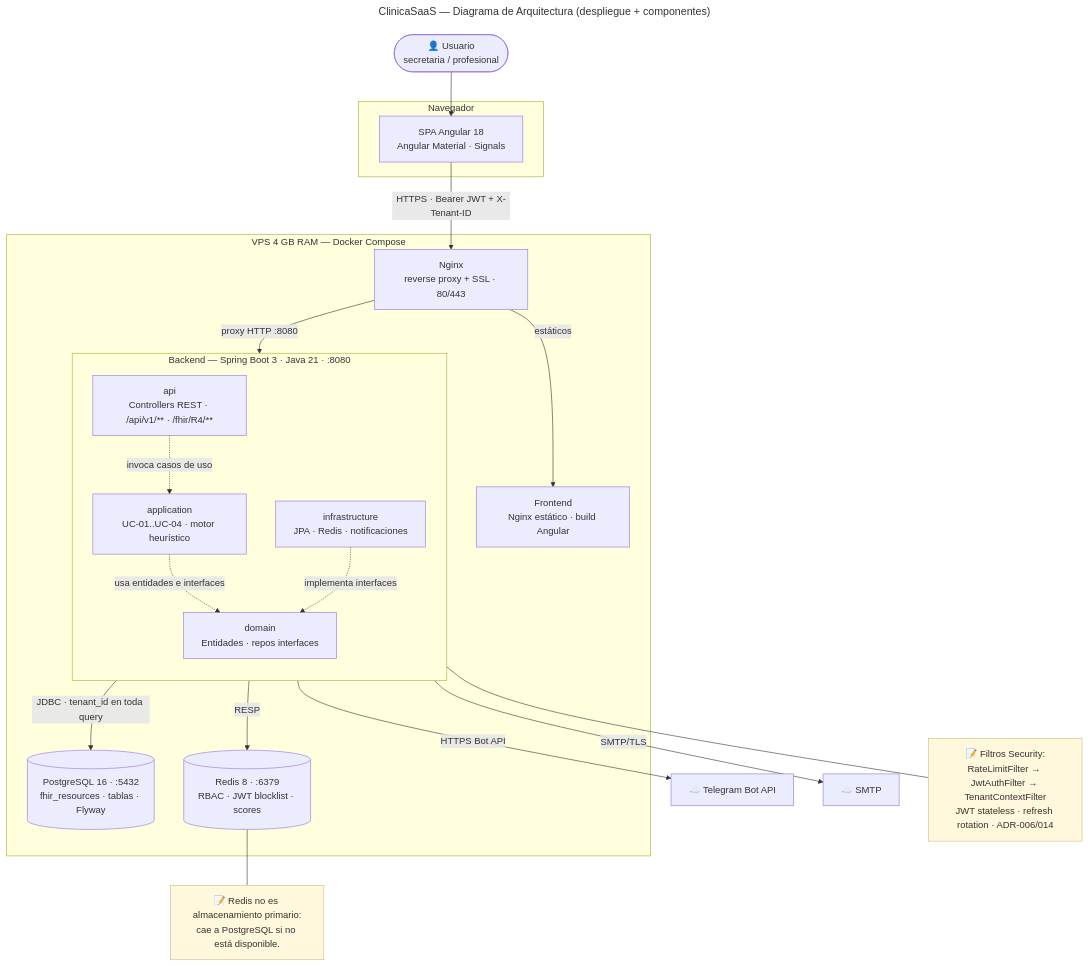
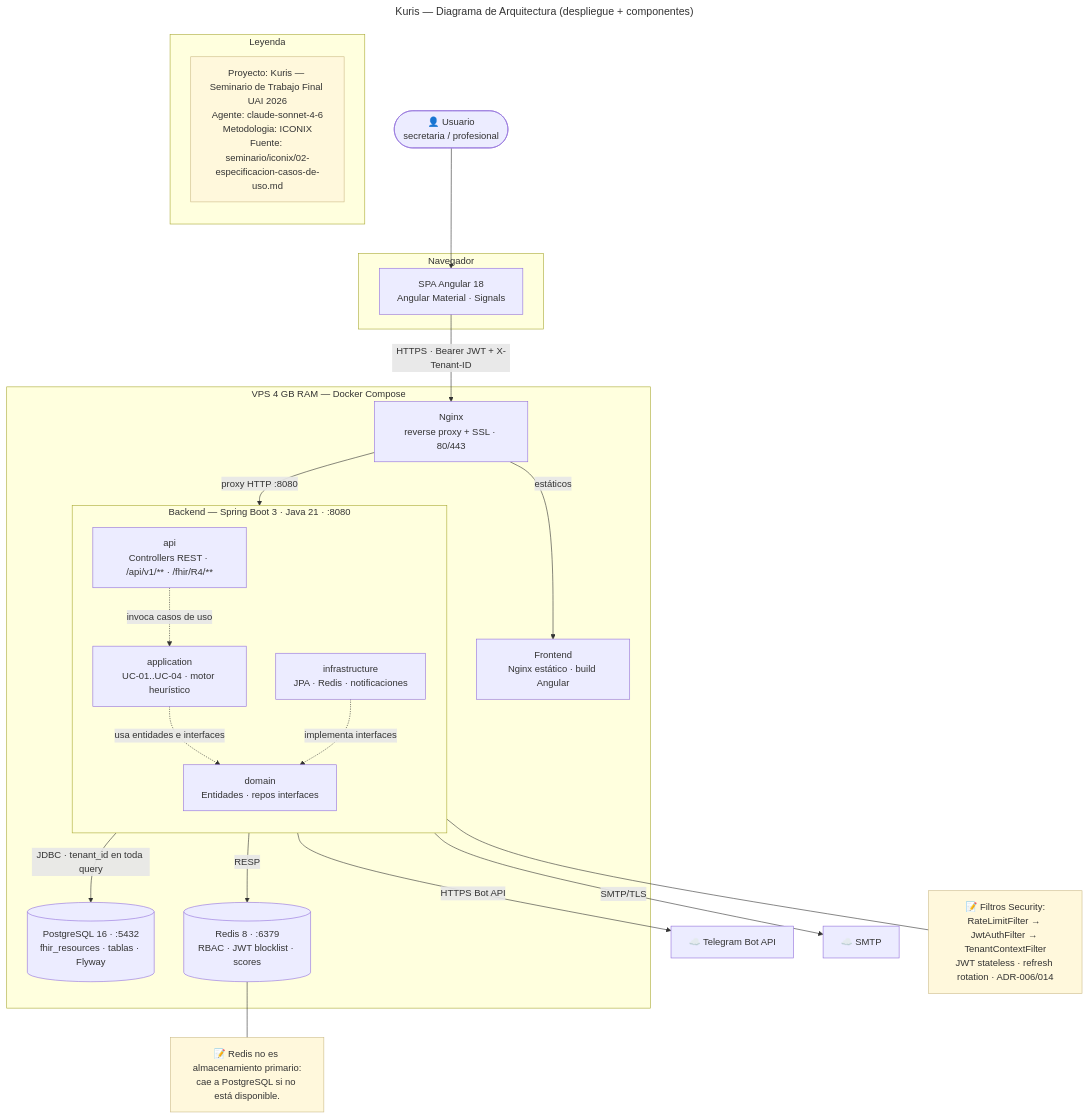
One commit to JulianDeco/sist_clinica changed the diagram in seminario/iconix/diagramas/07-arquitectura.mmd. Above: the diagram before and after it, drawn with Mermaid. The commit also changed 24 other files, not shown here.

First line of the commit message:
fix(iconix): alinear diagramas Mermaid al checklist ICONIX de referencia

```diff
--- a/seminario/iconix/diagramas/07-arquitectura.mmd
+++ b/seminario/iconix/diagramas/07-arquitectura.mmd
@@ -1,55 +1,62 @@
 ---
-title: "ClinicaSaaS — Diagrama de Arquitectura (despliegue + componentes)"
+title: "Kuris — Diagrama de Arquitectura (despliegue + componentes)"
 ---
 graph TB
     USR(["👤 Usuario\nsecretaria / profesional"])
 
     subgraph NAV["Navegador"]
         SPA["SPA Angular 18\nAngular Material · Signals"]
     end
 
     subgraph VPS["VPS 4 GB RAM — Docker Compose"]
         NGINX["Nginx\nreverse proxy + SSL · 80/443"]
         FE["Frontend\nNginx estático · build Angular"]
 
         subgraph BACKEND["Backend — Spring Boot 3 · Java 21 · :8080"]
             direction TB
             API["api\nControllers REST · /api/v1/** · /fhir/R4/**"]
             APP["application\nUC-01..UC-04 · motor heurístico"]
             DOM["domain\nEntidades · repos interfaces"]
             INFRA["infrastructure\nJPA · Redis · notificaciones"]
         end
 
         PG[("PostgreSQL 16 · :5432\nfhir_resources · tablas · Flyway")]
         REDIS[("Redis 8 · :6379\nRBAC · JWT blocklist · scores")]
     end
 
     TG["☁️ Telegram Bot API"]
     SMTP["☁️ SMTP"]
 
     %% ── Runtime ──────────────────────────────────────────────────
     USR --> SPA
     SPA -->|"HTTPS · Bearer JWT + X-Tenant-ID"| NGINX
     NGINX -->|"estáticos"| FE
     NGINX -->|"proxy HTTP :8080"| API
 
     %% ── Regla de dependencia Clean Architecture ──────────────────
     API -.->|"invoca casos de uso"| APP
     APP -.->|"usa entidades e interfaces"| DOM
     INFRA -.->|"implementa interfaces"| DOM
 
     %% ── Infraestructura externa ──────────────────────────────────
     INFRA -->|"JDBC · tenant_id en toda query"| PG
     INFRA -->|"RESP"| REDIS
     INFRA -->|"HTTPS Bot API"| TG
     INFRA -->|"SMTP/TLS"| SMTP
 
     %% Notas
     NOTE_SEC["📝 Filtros Security:\nRateLimitFilter → JwtAuthFilter → TenantContextFilter\nJWT stateless · refresh rotation · ADR-006/014"]
     NOTE_REDIS["📝 Redis no es almacenamiento primario:\ncae a PostgreSQL si no está disponible."]
 
     BACKEND --- NOTE_SEC
     REDIS --- NOTE_REDIS
 
+    %% ── Leyenda ───────────────────────────────────────────────────
+    subgraph LEYENDA["Leyenda"]
+        direction TB
+        LEG["Proyecto: Kuris — Seminario de Trabajo Final UAI 2026<br/>Agente: claude-sonnet-4-6<br/>Metodologia: ICONIX<br/>Fuente: seminario/iconix/02-especificacion-casos-de-uso.md"]
+    end
+
     style NOTE_SEC fill:#FFF8DC,stroke:#CCBB88,color:#333
     style NOTE_REDIS fill:#FFF8DC,stroke:#CCBB88,color:#333
+    style LEG fill:#FFF8DC,stroke:#CCBB88,color:#333
```
